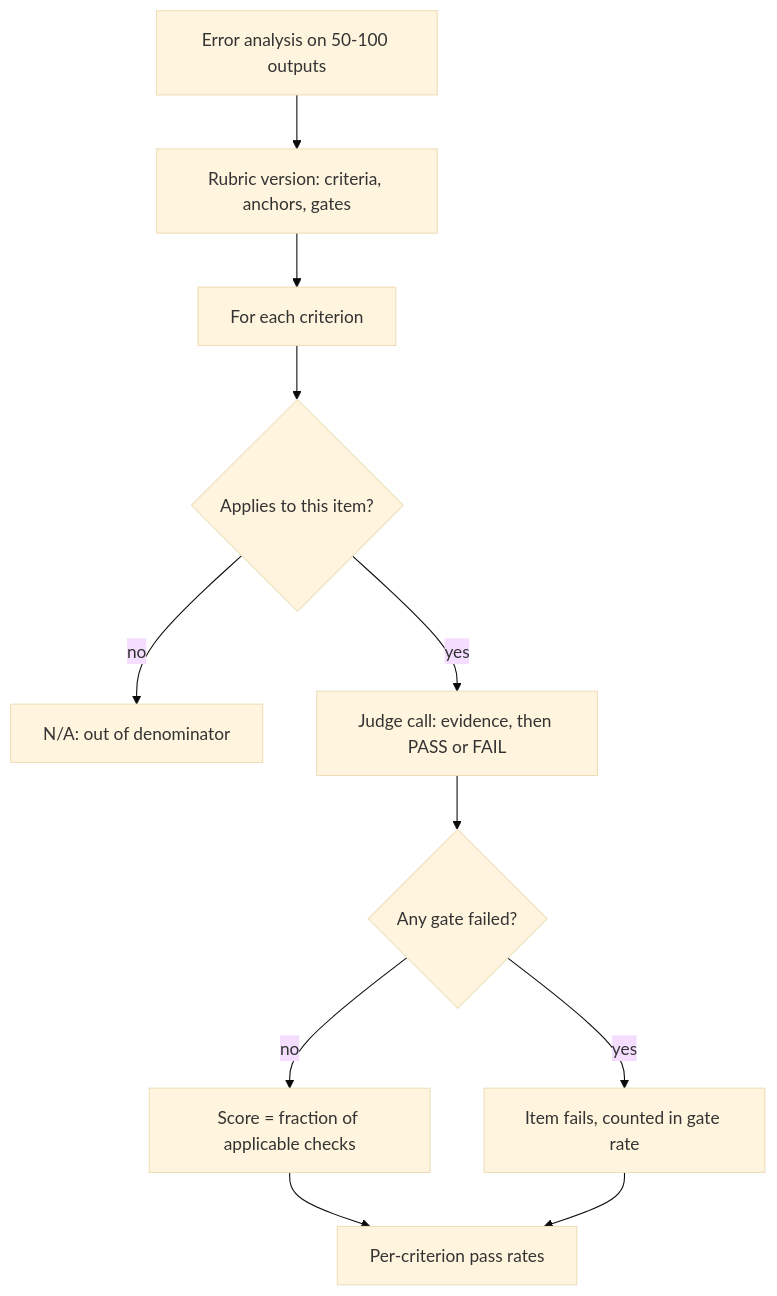
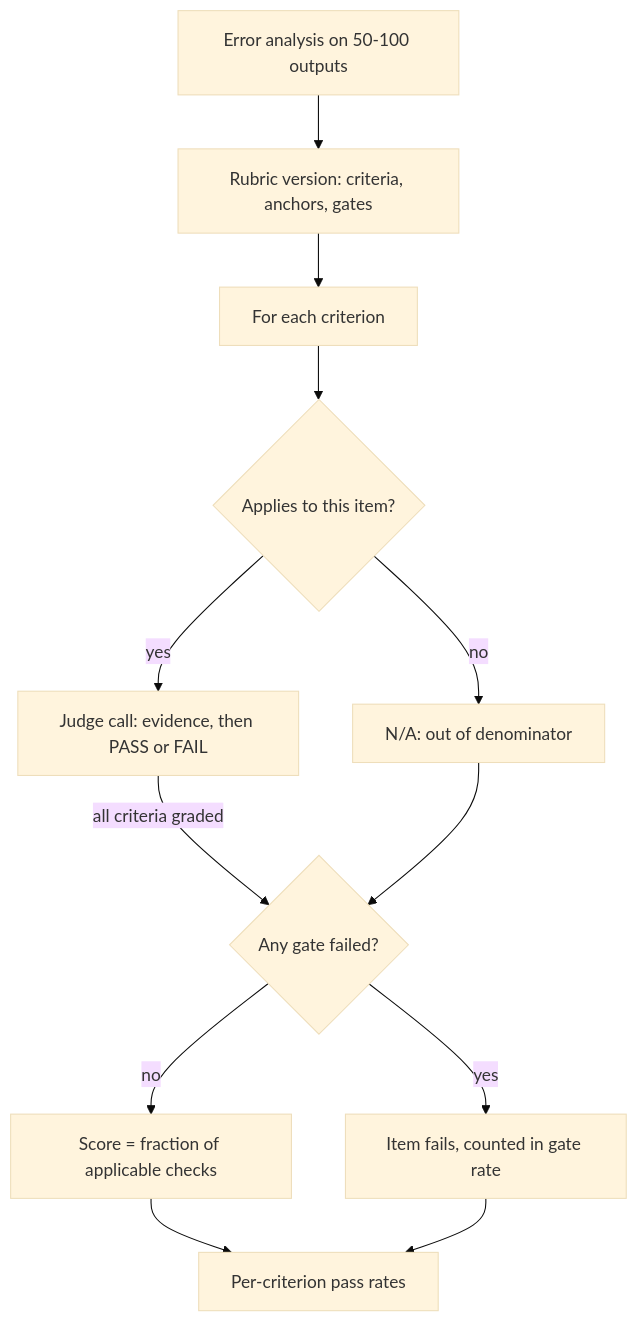
The diagram in content/evals/rubrics.md (lovishmahajan97/agentic-learning), drawn with Mermaid (base theme) before and after one commit. The commit also changed other lines of this file and 81 other files, not shown here.

````diff
--- a/content/evals/rubrics.md
+++ b/content/evals/rubrics.md
@@ -131,13 +132,14 @@
 ```mermaid
 flowchart TD
     E["Error analysis on 50-100 outputs"] --> R["Rubric version: criteria, anchors, gates"]
     R --> C["For each criterion"]
     C --> A{"Applies to this item?"}
     A -->|"no"| NA["N/A: out of denominator"]
     A -->|"yes"| J["Judge call: evidence, then PASS or FAIL"]
-    J --> G{"Any gate failed?"}
+    J -->|"all criteria graded"| G{"Any gate failed?"}
+    NA --> G
     G -->|"yes"| F["Item fails, counted in gate rate"]
     G -->|"no"| S["Score = fraction of applicable checks"]
     S --> D["Per-criterion pass rates"]
     F --> D
 ```
````
